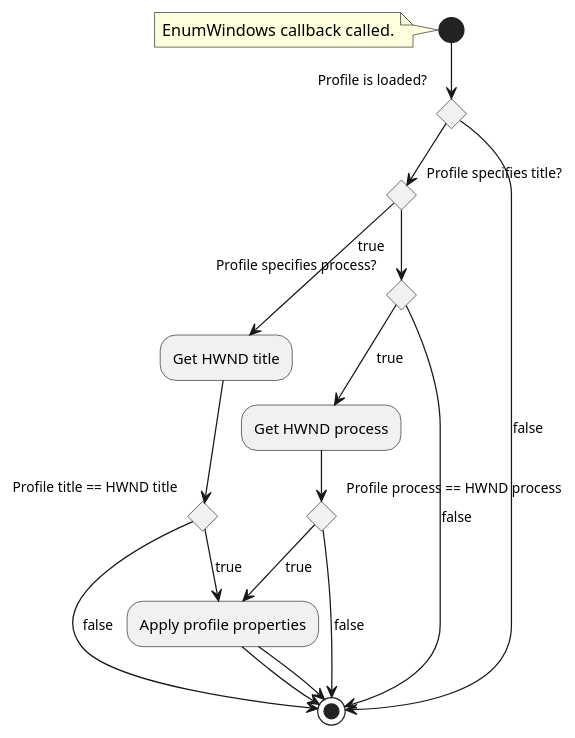
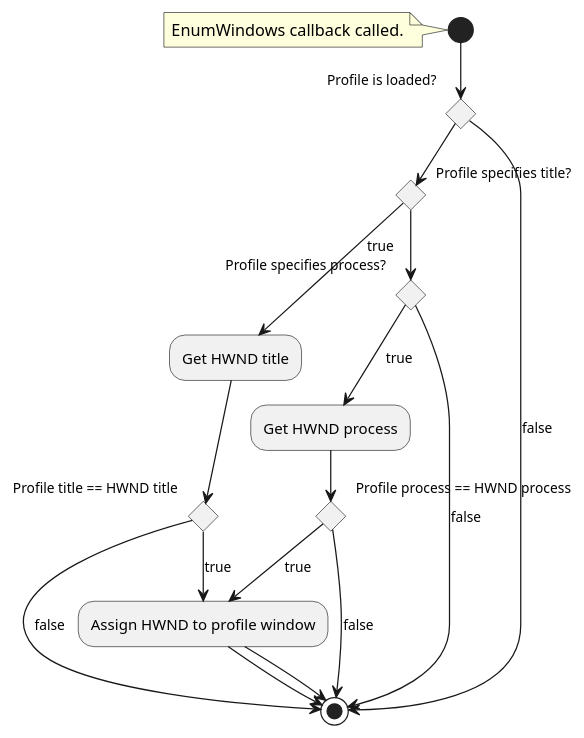
One commit to erichschroeter/wlm changed the diagram in docs/design/EnumWindows_callback_activity_diagram.puml. Above: the diagram before and after it, drawn with PlantUML.

Commit message:
WIP changed action in EnumWindows callback

```diff
--- a/docs/design/EnumWindows_callback_activity_diagram.puml
+++ b/docs/design/EnumWindows_callback_activity_diagram.puml
@@ -1,33 +1,33 @@
 @startuml "Applying a profile"
 
 note left
     EnumWindows callback called.
 end note
 
 (*) --> if "Profile is loaded?" then
     if "Profile specifies title?" then
         -->[true] "Get HWND title"
         if "Profile title == HWND title" then
-            -->[true] "Apply profile properties"
+            -->[true] "Assign HWND to profile window"
             --> (*)
         else
             -->[false] (*)
         endif
     else
         if "Profile specifies process?" then
             -->[true] "Get HWND process"
             if "Profile process == HWND process" then
-                -->[true] "Apply profile properties"
+                -->[true] "Assign HWND to profile window"
                 --> (*)
             else
                 -->[false] (*)
             endif
         else
             -->[false] (*)
         endif
     endif
 else
     -->[false] (*)
 endif
 
 @enduml
```
